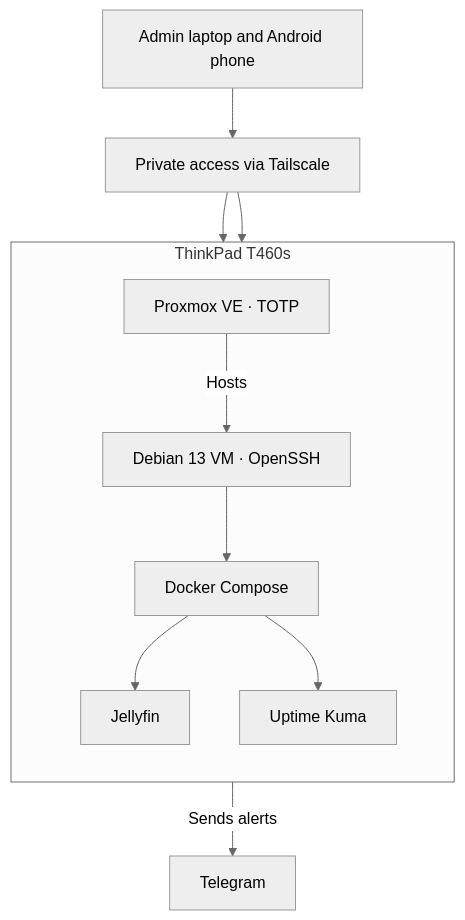
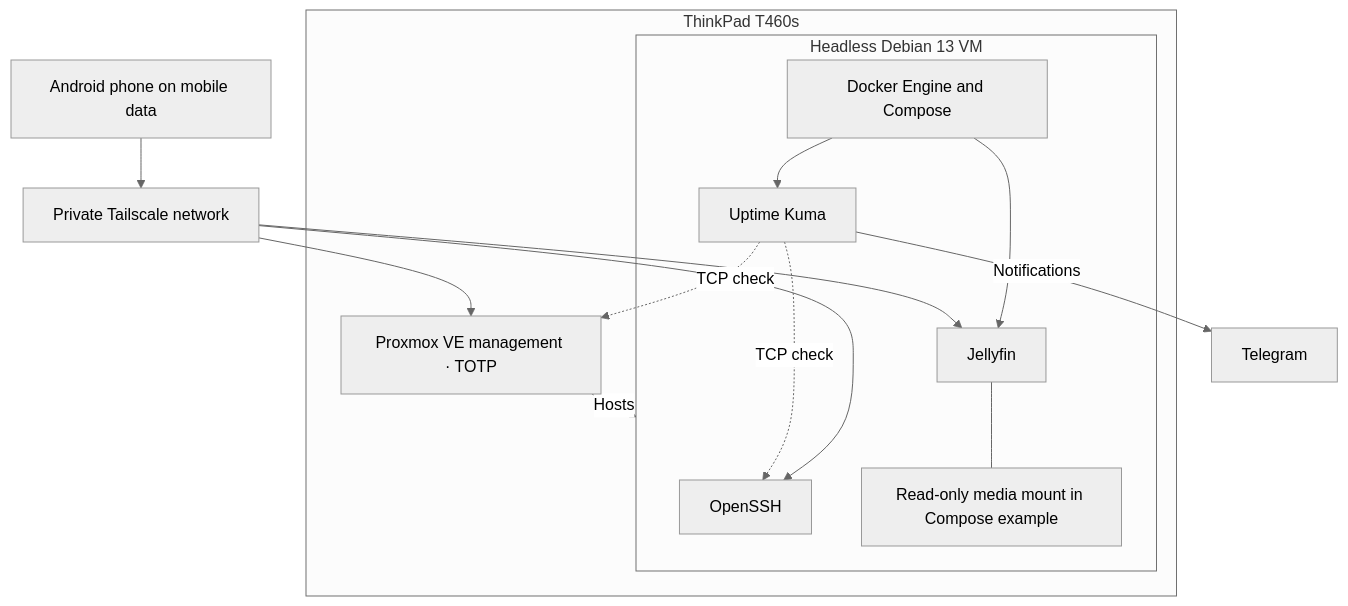
One commit to changemk/proxmox-homelab changed the diagram in README.md. Above: the diagram before and after it, drawn with Mermaid (neutral theme). The commit also changed other lines of this file and 4 other files, not shown here.

````diff
--- a/README.md
+++ b/README.md
@@ -22,18 +21,21 @@
 ```mermaid
 flowchart TB
-    Client["Admin laptop and Android phone"] --> Tailnet["Private access via Tailscale"]
-
+    Mobile["Android phone on mobile data"] --> Tailnet["Private Tailscale network"]
     subgraph Lab["ThinkPad T460s"]
-        direction TB
-        PVE["Proxmox VE · TOTP"]
-        VM["Debian 13 VM · OpenSSH"]
-        PVE -->|"Hosts"| VM
-        VM --> Docker["Docker Compose"]
-        Docker --> Jellyfin["Jellyfin"]
-        Docker --> Kuma["Uptime Kuma"]
+        PVE["Proxmox VE management · TOTP"]
+        subgraph Guest["Headless Debian 13 VM"]
+            SSH["OpenSSH"]
+            Docker["Docker Engine and Compose"]
+            Docker --> Kuma["Uptime Kuma"]
+            Docker --> Jellyfin["Jellyfin"]
+            Jellyfin --- Media["Read-only media mount in Compose example"]
+        end
+        PVE -->|"Hosts"| Guest
     end
-
     Tailnet --> PVE
-    Tailnet --> VM
-    Kuma -->|"Sends alerts"| Telegram["Telegram"]
+    Tailnet --> SSH
+    Tailnet --> Jellyfin
+    Kuma -.->|"TCP check"| PVE
+    Kuma -.->|"TCP check"| SSH
+    Kuma -->|"Notifications"| Telegram["Telegram"]
 ```
````
